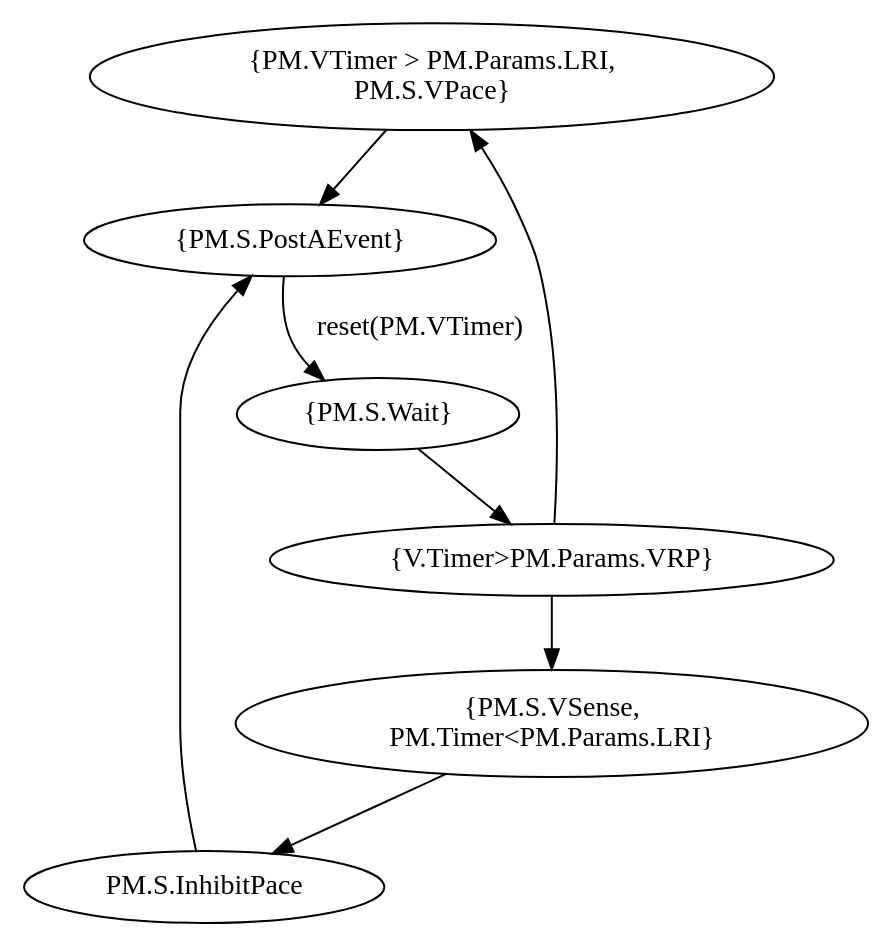
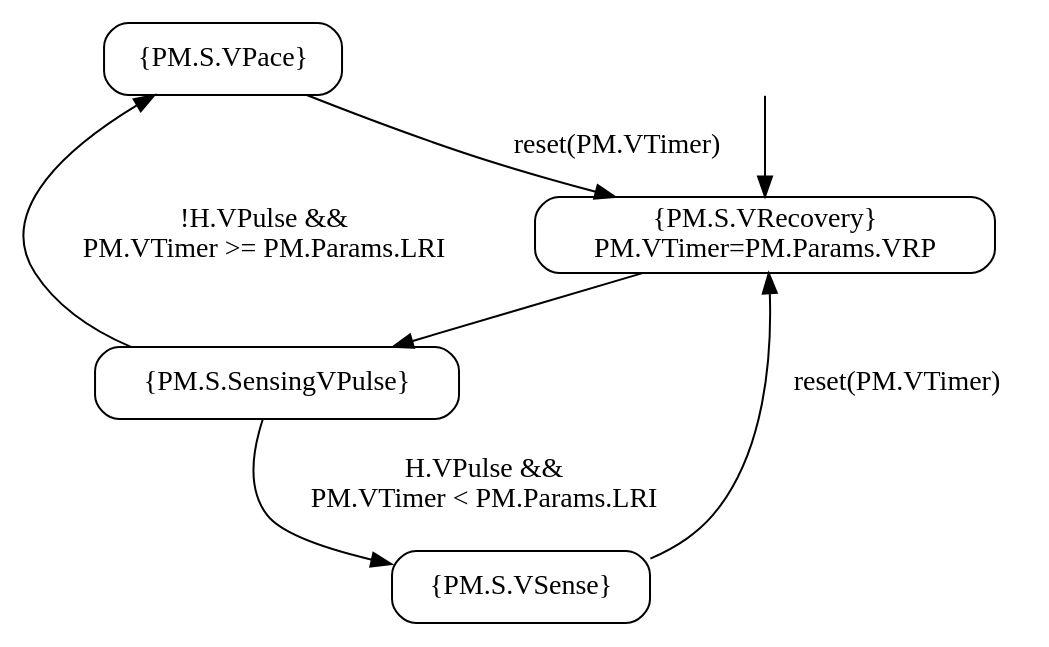
Before and after one commit to juodaspaulius/BehavioralClafer: the diagram in pacemaker-case-study/pacemaker-model/Modes/vvi.dot, drawn with Graphviz. The commit also changed 13 other files, not shown here.

```diff
--- a/pacemaker-case-study/pacemaker-model/Modes/vvi.dot
+++ b/pacemaker-case-study/pacemaker-model/Modes/vvi.dot
@@ -1,15 +1,21 @@
 digraph{
-  1 [label="{PM.VTimer > PM.Params.LRI,\n PM.S.VPace}"];
-  2 [label="{PM.S.PostAEvent}"];
-  3 [label="{PM.S.Wait}"];
-  4 [label="{V.Timer>PM.Params.VRP}"];
-  5 [label="{PM.S.VSense, \n PM.Timer<PM.Params.LRI}"];
-  6 [label="PM.S.InhibitPace"];
-  1->2;
-  2->3 [label="reset(PM.VTimer)"];
-  3->4;
-  4->5;
-  4->1;
-  5->6;
-  6->2;
+  splines=true;
+  sep="+25,25";
+overlap=scalexy;
+nodesep=0.6;
+	node [style=rounded shape=box];
+
+  1 [label="{PM.S.VPace}"];
+  2 [label="{PM.S.VRecovery}\n PM.VTimer=PM.Params.VRP"];
+  3 [label="{PM.S.VSense}"];
+  4 [label="{PM.S.SensingVPulse}"];
+  hidden [style=invis];
+
+  hidden -> 2;
+  1 -> 2 [label="reset(PM.VTimer)"];
+  3 -> 2 [label="reset(PM.VTimer)"];
+  2 -> 4 
+4 -> 1 [label="!H.VPulse &&\n PM.VTimer >= PM.Params.LRI"];
+4 -> 3 [label = "H.VPulse &&\n PM.VTimer < PM.Params.LRI"]
+
 }
```
